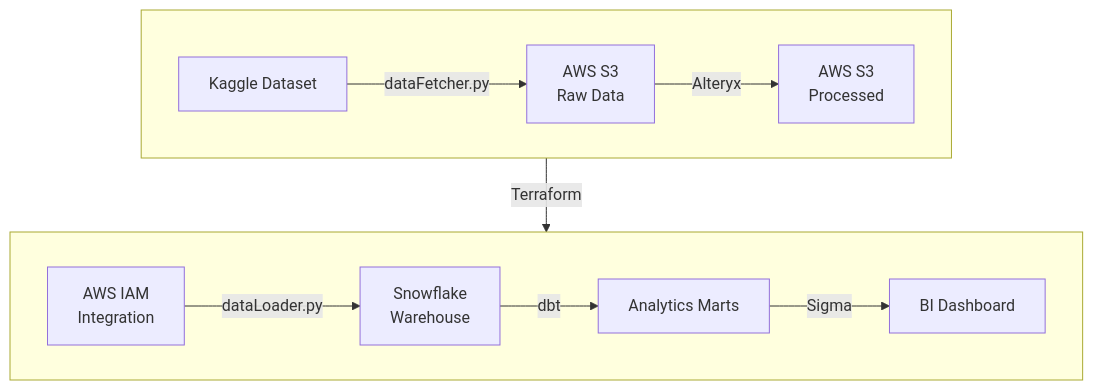
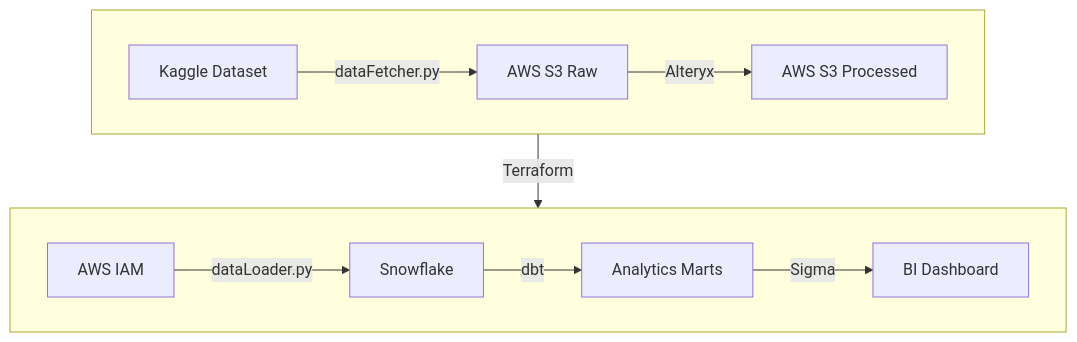
One commit to r0han01/supplyChainDataOps changed the diagram in README.md. Above: the diagram before and after it, drawn with Mermaid.

Commit message:
Make mermaid diagram more compact with 2-row U-shape

````diff
--- a/README.md
+++ b/README.md
@@ -27,15 +27,15 @@
 ```mermaid
 graph TB
-    subgraph top[" "]
+    subgraph row1[" "]
         direction LR
-        A[Kaggle Dataset] -->|dataFetcher.py| B[AWS S3<br/>Raw Data]
-        B -->|Alteryx| C[AWS S3<br/>Processed]
+        A[Kaggle Dataset] -->|dataFetcher.py| B[AWS S3 Raw]
+        B -->|Alteryx| C[AWS S3 Processed]
     end
-    C -->|Terraform| D[AWS IAM<br/>Integration]
-    subgraph bottom[" "]
+    C -->|Terraform| D[AWS IAM]
+    subgraph row2[" "]
         direction LR
-        D -->|dataLoader.py| E[Snowflake<br/>Warehouse]
+        D -->|dataLoader.py| E[Snowflake]
         E -->|dbt| F[Analytics Marts]
         F -->|Sigma| G[BI Dashboard]
     end
 ```
````
